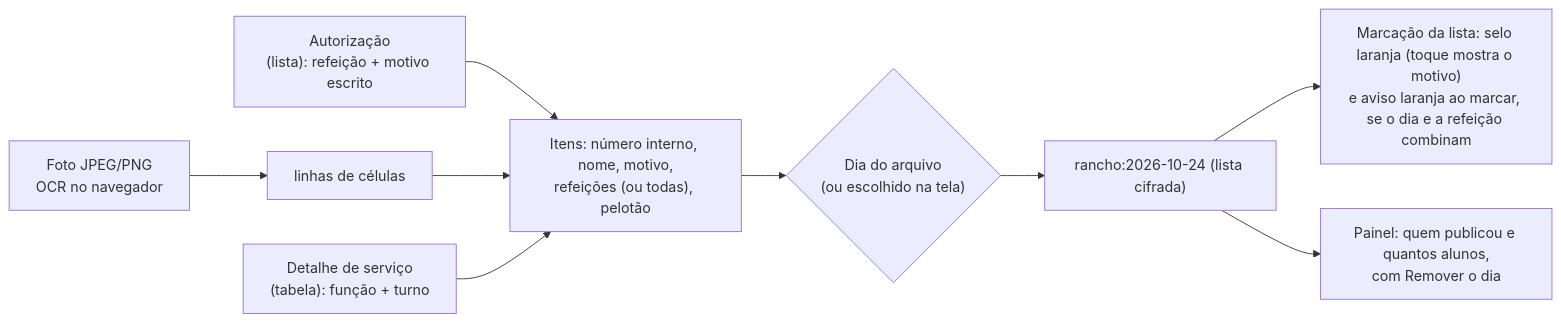
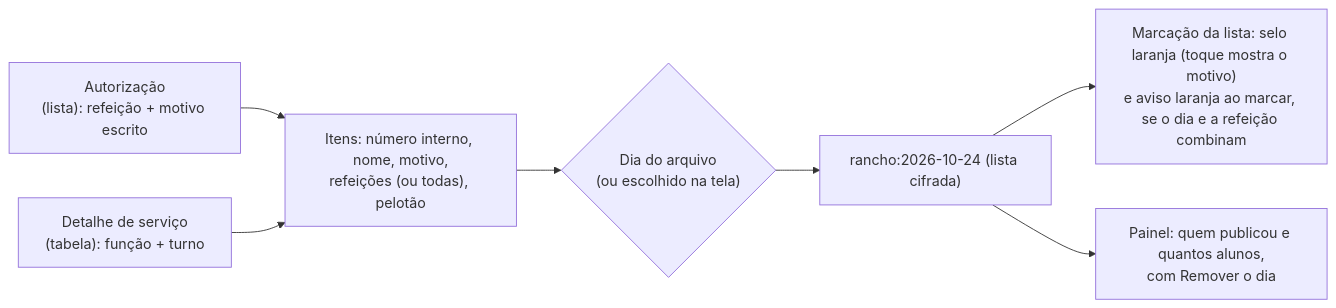
Diagram 19 of 19 in docs/ARQUITETURA_E_FLUXO.md (GiuColucci/Municiamento_CIAGA), drawn with Mermaid before and after one commit. The commit also changed other lines of this file and 23 other files, not shown here.

````diff
--- a/docs/ARQUITETURA_E_FLUXO.md
+++ b/docs/ARQUITETURA_E_FLUXO.md
@@ -608,11 +608,9 @@
 ```mermaid
 flowchart LR
-  F["Foto JPEG/PNG<br/>OCR no navegador"] --> L["linhas de células"]
   A["Autorização<br/>(lista): refeição + motivo escrito"] --> I
-  L --> I
   S["Detalhe de serviço<br/>(tabela): função + turno"] --> I
   I["Itens: número interno, nome, motivo,<br/>refeições (ou todas), pelotão"] --> D{"Dia do arquivo<br/>(ou escolhido na tela)"}
   D --> P1["rancho:2026-10-24 (lista cifrada)"]
   P1 --> M["Marcação da lista: selo laranja (toque mostra o motivo)<br/>e aviso laranja ao marcar, se o dia e a refeição combinam"]
   P1 --> X["Painel: quem publicou e quantos alunos,<br/>com Remover o dia"]
 ```
````
